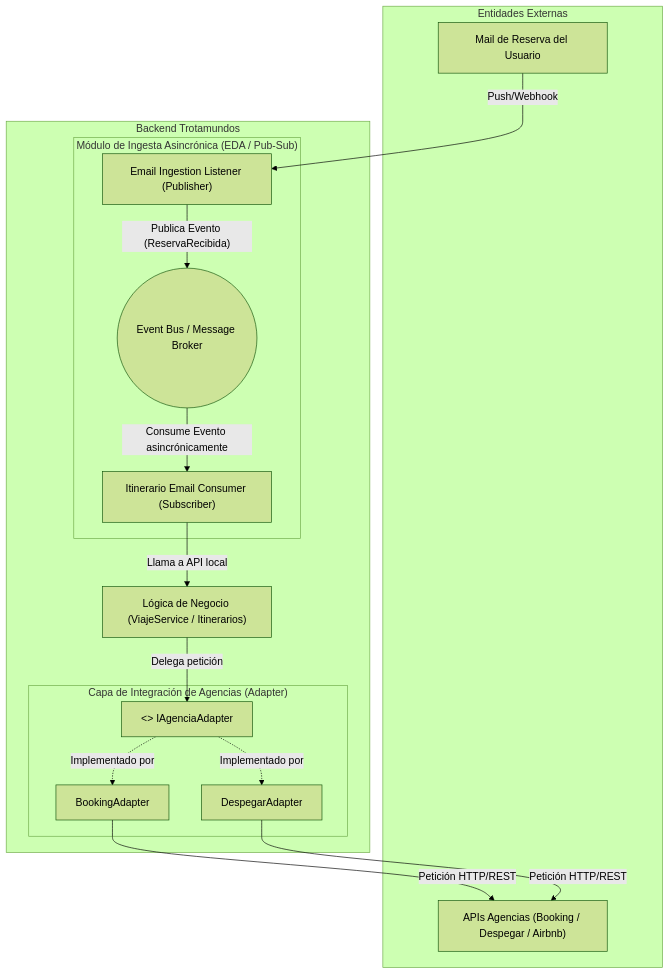
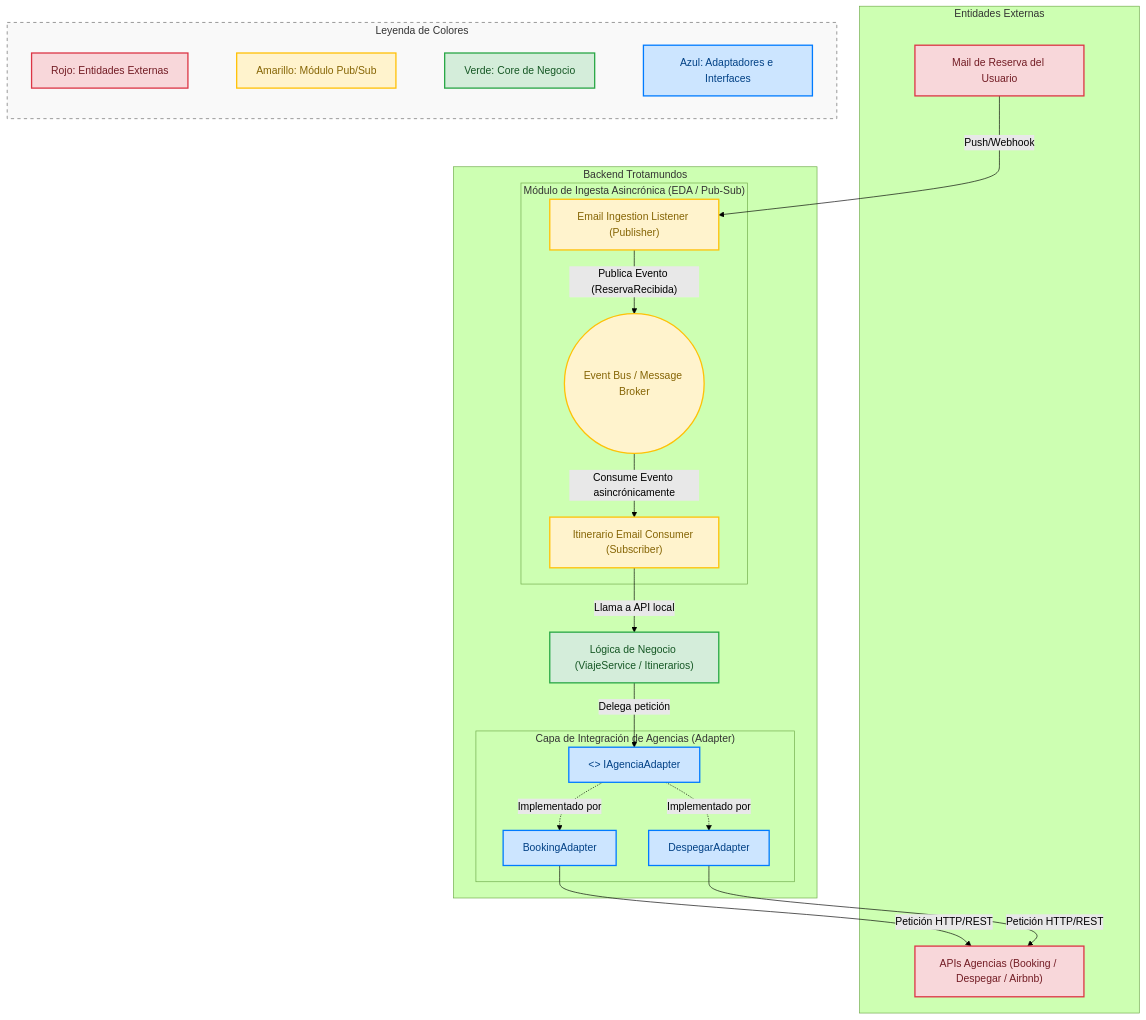
Before and after one commit to ulisesmatteoda/Trotamundos-Grupo23: the first of 2 diagrams in Iteraciones/Iteracion2-Prov.md, drawn with Mermaid (forest theme). The commit also changed other lines of this file, not shown here.

Commit message:
Probando vistas 2.0

````diff
--- a/Iteraciones/Iteracion2-Prov.md
+++ b/Iteraciones/Iteracion2-Prov.md
@@ -123,42 +123,60 @@
 ```mermaid
 graph TD
+    %% Definición de estilos y colores
+    classDef externo fill:#f8d7da,stroke:#dc3545,stroke-width:2px,color:#721c24;
+    classDef pubsub fill:#fff3cd,stroke:#ffc107,stroke-width:2px,color:#856404;
+    classDef core fill:#d4edda,stroke:#28a745,stroke-width:2px,color:#155724;
+    classDef adapter fill:#cce5ff,stroke:#007bff,stroke-width:2px,color:#004085;
+
     %% Entidades Externas
     subgraph Externos["Entidades Externas"]
-        UserMail["Mail de Reserva del Usuario"]
-        AgenciaAPI["APIs Agencias (Booking / Despegar / Airbnb)"]
+        UserMail["Mail de Reserva del Usuario"]:::externo
+        AgenciaAPI["APIs Agencias (Booking / Despegar / Airbnb)"]:::externo
     end
 
     %% Backend Trotamundos
     subgraph Backend["Backend Trotamundos"]
 
         %% Canal Pub/Sub de Mails
         subgraph SubsystemMail["Módulo de Ingesta Asincrónica (EDA / Pub-Sub)"]
-            EmailIngestion["Email Ingestion Listener (Publisher)"]
-            EventBus(("Event Bus / Message Broker"))
-            EmailSubscriber["Itinerario Email Consumer (Subscriber)"]
+            EmailIngestion["Email Ingestion Listener (Publisher)"]:::pubsub
+            EventBus(("Event Bus / Message Broker")):::pubsub
+            EmailSubscriber["Itinerario Email Consumer (Subscriber)"]:::pubsub
         end
 
         %% Core de Negocio
-        DomainLogic["Lógica de Negocio (ViajeService / Itinerarios)"]
+        DomainLogic["Lógica de Negocio (ViajeService / Itinerarios)"]:::core
 
         %% Capa de Integración / Adaptadores
         subgraph SubsystemIntegrations["Capa de Integración de Agencias (Adapter)"]
-            AdapterInterface["<<Interface>> IAgenciaAdapter"]
-            BookingAdapter["BookingAdapter"]
-            DespegarAdapter["DespegarAdapter"]
+            AdapterInterface["<<Interface>> IAgenciaAdapter"]:::adapter
+            BookingAdapter["BookingAdapter"]:::adapter
+            DespegarAdapter["DespegarAdapter"]:::adapter
         end
     end
 
     %% Relaciones / Conectores
     UserMail -->|"Push/Webhook"| EmailIngestion
     EmailIngestion -->|"Publica Evento (ReservaRecibida)"| EventBus
     EventBus -->|"Consume Evento asincrónicamente"| EmailSubscriber
     EmailSubscriber -->|"Llama a API local"| DomainLogic
     
     DomainLogic -->|"Delega petición"| AdapterInterface
     AdapterInterface -.->|"Implementado por"| BookingAdapter
     AdapterInterface -.->|"Implementado por"| DespegarAdapter
     
     BookingAdapter -->|"Petición HTTP/REST"| AgenciaAPI
     DespegarAdapter -->|"Petición HTTP/REST"| AgenciaAPI
+
+    %% Leyenda Gráfica
+    subgraph Leyenda["Leyenda de Colores"]
+        L1[Rojo: Entidades Externas]:::externo
+        L2[Amarillo: Módulo Pub/Sub]:::pubsub
+        L3[Verde: Core de Negocio]:::core
+        L4[Azul: Adaptadores e Interfaces]:::adapter
+    end
+    
+    %% Ocultar líneas de la leyenda para que flote sola
+    L1 ~~~ L2 ~~~ L3 ~~~ L4
+    style Leyenda fill:#f9f9f9,stroke:#666,stroke-width:1px,stroke-dasharray: 5 5
 ```
````
